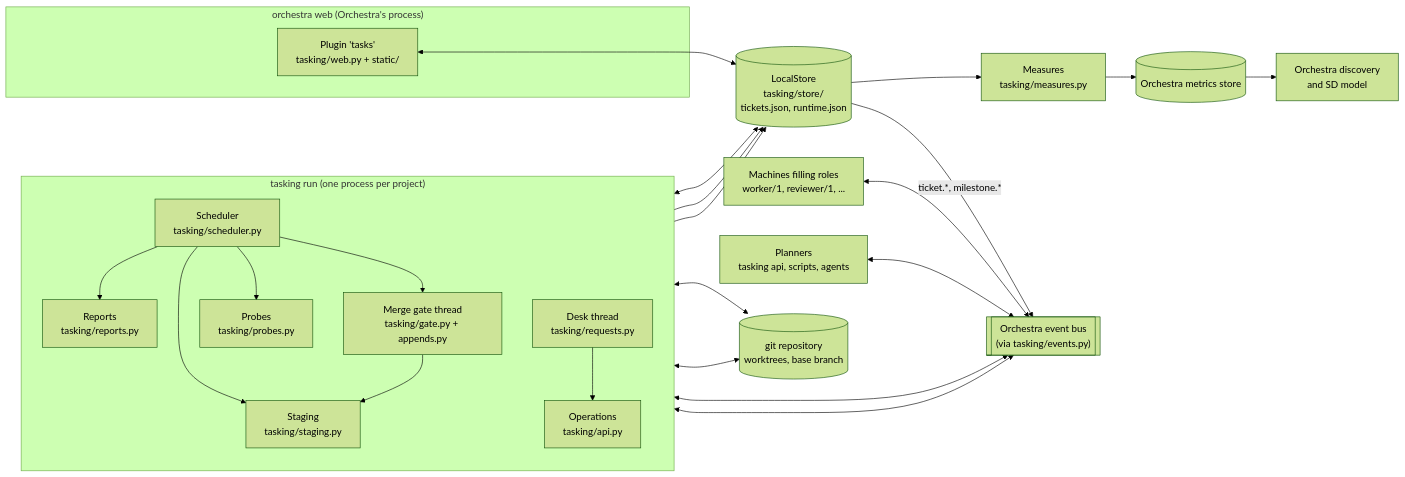
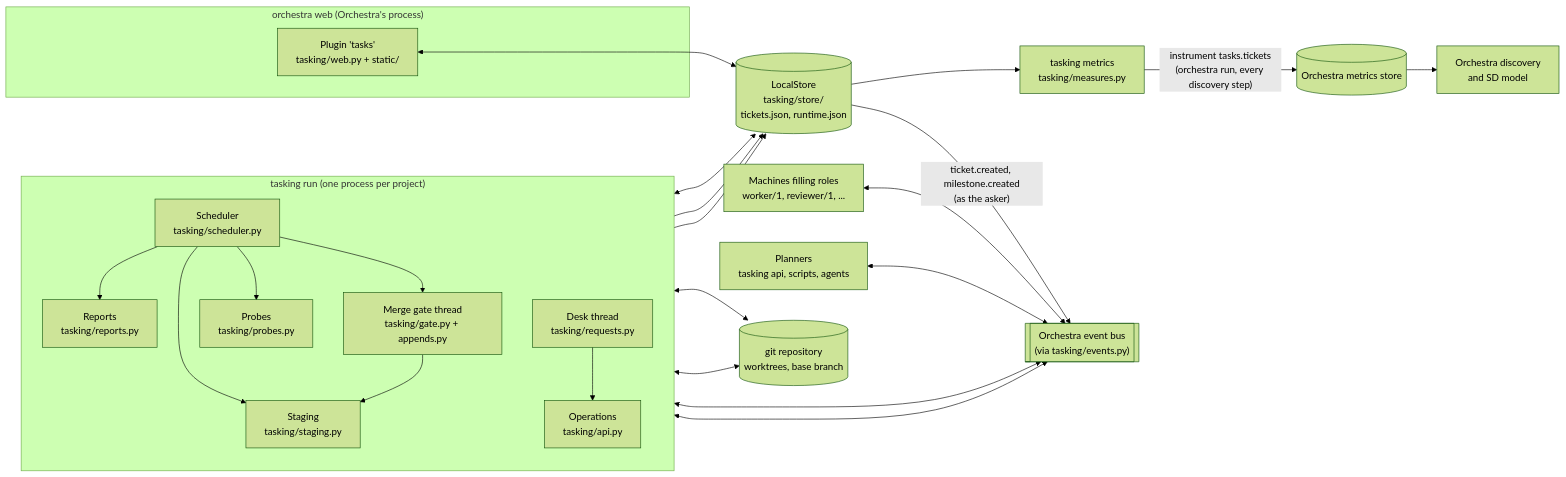
The first of 7 diagrams in ARCHITECTURE.md (danroblewis/orchestra-tasking), drawn with Mermaid (forest theme) before and after one commit. The commit also changed other lines of this file and 38 other files, not shown here.

````diff
--- a/ARCHITECTURE.md
+++ b/ARCHITECTURE.md
@@ -53,45 +56,45 @@
 ```mermaid
 flowchart LR
     subgraph proc_sched ["tasking run (one process per project)"]
         direction TB
         SCH["Scheduler<br/>tasking/scheduler.py"]
         REP["Reports<br/>tasking/reports.py"]
         DESK["Desk thread<br/>tasking/requests.py"]
         API["Operations<br/>tasking/api.py"]
         GATE["Merge gate thread<br/>tasking/gate.py + appends.py"]
         STG["Staging<br/>tasking/staging.py"]
         PRB["Probes<br/>tasking/probes.py"]
         SCH --> REP
         SCH --> GATE
         SCH --> STG
         SCH --> PRB
         DESK --> API
         GATE --> STG
     end
 
     subgraph proc_web ["orchestra web (Orchestra's process)"]
         WEB["Plugin 'tasks'<br/>tasking/web.py + static/"]
     end
 
     STORE[("LocalStore<br/>tasking/store/<br/>tickets.json, runtime.json")]
-    MEAS["Measures<br/>tasking/measures.py"]
+    MEAS["tasking metrics<br/>tasking/measures.py"]
     BUS[["Orchestra event bus<br/>(via tasking/events.py)"]]
     METRICS[("Orchestra metrics store")]
     MODEL["Orchestra discovery<br/>and SD model"]
     MACH["Machines filling roles<br/>worker/1, reviewer/1, ..."]
     PLAN["Planners<br/>tasking api, scripts, agents"]
     GIT[("git repository<br/>worktrees, base branch")]
 
     SCH <--> STORE
     REP --> STORE
     API --> STORE
     WEB <--> STORE
-    STORE --> MEAS --> METRICS --> MODEL
+    STORE --> MEAS -- "instrument tasks.tickets<br/>(orchestra run, every discovery step)" --> METRICS --> MODEL
     SCH <--> BUS
     DESK <--> BUS
-    STORE -- "ticket.*, milestone.*" --> BUS
+    STORE -- "ticket.created, milestone.created<br/>(as the asker)" --> BUS
     MACH <--> BUS
     PLAN <--> BUS
     GATE <--> GIT
     SCH <--> GIT
 ```
````
